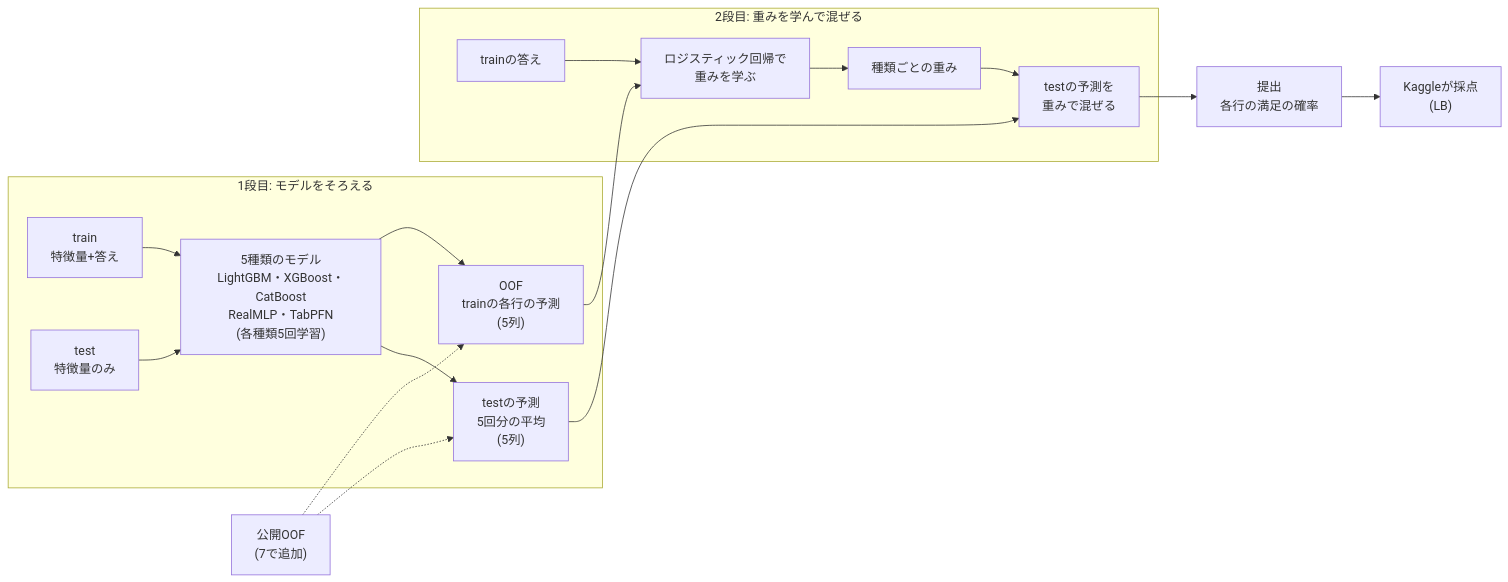
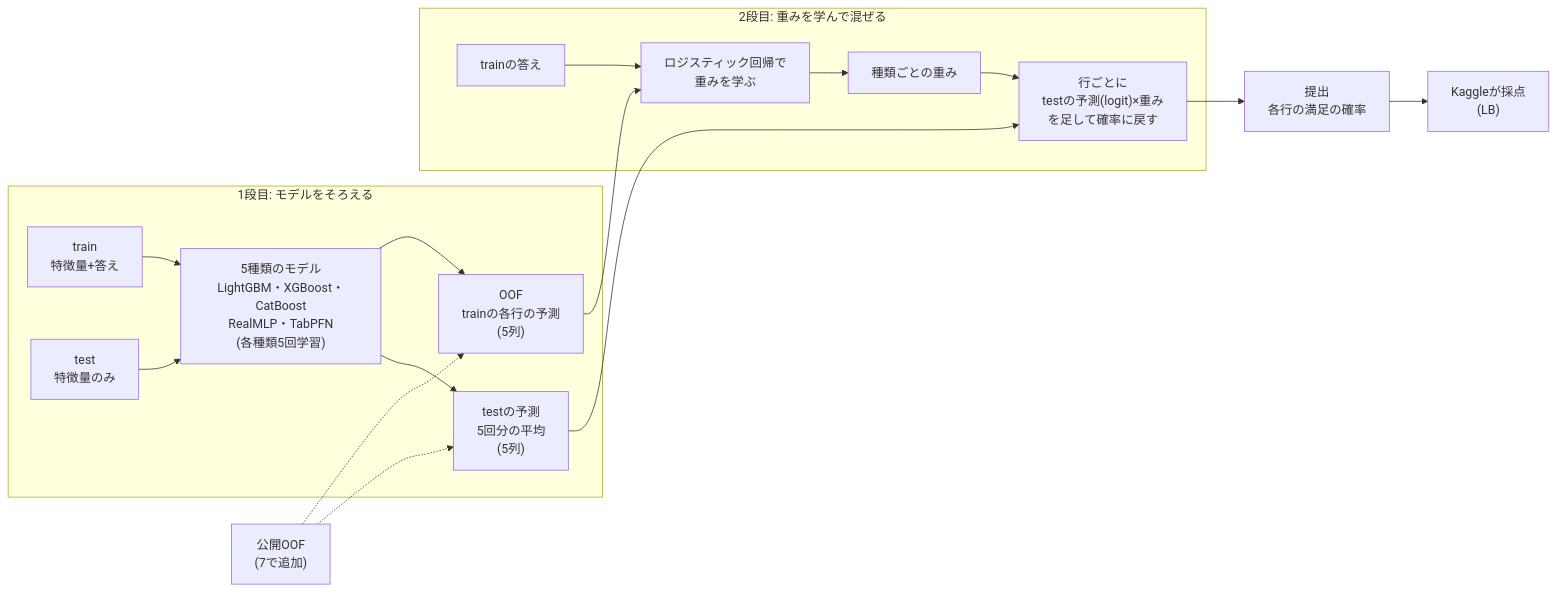
The diagram in README.md (aramaki5443-art/kaggle-s6e10-airline-satisfaction), drawn with Mermaid before and after one commit. The commit also changed other lines of this file, not shown here.

Commit message:
README: make the stacking mix step concrete (logit x weight, summed, back to probability)
Claude-Session: https://claude.ai/code/session_01W4XQw12fApd9PttvvKTwbS

````diff
--- a/README.md
+++ b/README.md
@@ -133,19 +133,19 @@
 ```mermaid
 flowchart LR
   subgraph S1["1段目: モデルをそろえる"]
     TR["train<br>特徴量+答え"] --> M["5種類のモデル<br>LightGBM・XGBoost・CatBoost<br>RealMLP・TabPFN<br>(各種類5回学習)"]
     TE["test<br>特徴量のみ"] --> M
     M --> OOF["OOF<br>trainの各行の予測<br>(5列)"]
     M --> TP["testの予測<br>5回分の平均<br>(5列)"]
   end
   subgraph S2["2段目: 重みを学んで混ぜる"]
     OOF --> LR["ロジスティック回帰で<br>重みを学ぶ"]
     Y["trainの答え"] --> LR
     LR --> W["種類ごとの重み"]
-    W --> MIX["testの予測を<br>重みで混ぜる"]
+    W --> MIX["行ごとに<br>testの予測(logit)×重み<br>を足して確率に戻す"]
     TP --> MIX
   end
   PUB["公開OOF<br>(7で追加)"] -.-> OOF
   PUB -.-> TP
   MIX --> SUB["提出<br>各行の満足の確率"] --> LB["Kaggleが採点<br>(LB)"]
 ```
````
